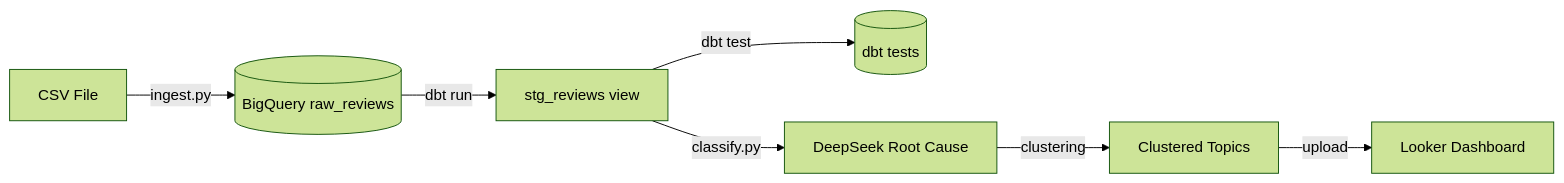
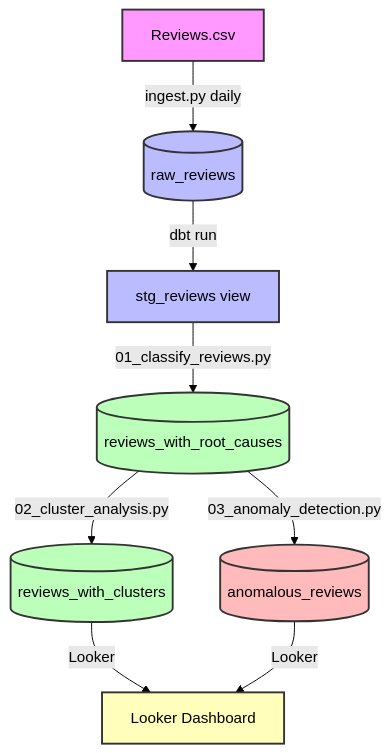
The diagram in projects/amazon-reviews-pipeline/README.md (Holden141/portfolio), drawn with Mermaid (forest theme) before and after one commit. The commit also changed other lines of this file and 2 other files, not shown here.

Commit message:
Update README to reflect complete pipeline features and add pipeline architecture diagram; adjust row limit in ingest script to 500

````diff
--- a/projects/amazon-reviews-pipeline/README.md
+++ b/projects/amazon-reviews-pipeline/README.md
@@ -43,9 +34,18 @@
 ```mermaid
-graph LR
-    CSV[CSV File] -->|ingest.py| BQ[(BigQuery raw_reviews)]
-    BQ -->|dbt run| STG[stg_reviews view]
-    STG -->|dbt test| TESTS[(dbt tests)]
-    STG -->|classify.py| LLM[DeepSeek Root Cause]
-    LLM -->|clustering| CLUSTER[Clustered Topics]
-    CLUSTER -->|upload| LOOKER[Looker Dashboard]
+graph TD 
+    CSV[Reviews.csv] -->|ingest.py daily| RAW[(raw_reviews)]
+    RAW -->|dbt run| STG[stg_reviews view]
+    STG -->|01_classify_reviews.py| ROOT[(reviews_with_root_causes)]
+    ROOT -->|02_cluster_analysis.py| CLUSTER[(reviews_with_clusters)]
+    ROOT -->|03_anomaly_detection.py| ANOM[(anomalous_reviews)]
+    CLUSTER -->|Looker| DASH[Looker Dashboard]
+    ANOM -->|Looker| DASH
+
+    style CSV fill:#f9f,stroke:#333,stroke-width:2px
+    style RAW fill:#bbf,stroke:#333,stroke-width:2px
+    style STG fill:#bbf,stroke:#333,stroke-width:2px
+    style ROOT fill:#bfb,stroke:#333,stroke-width:2px
+    style CLUSTER fill:#bfb,stroke:#333,stroke-width:2px
+    style ANOM fill:#fbb,stroke:#333,stroke-width:2px
+    style DASH fill:#ffb,stroke:#333,stroke-width:2px
 ```
````
